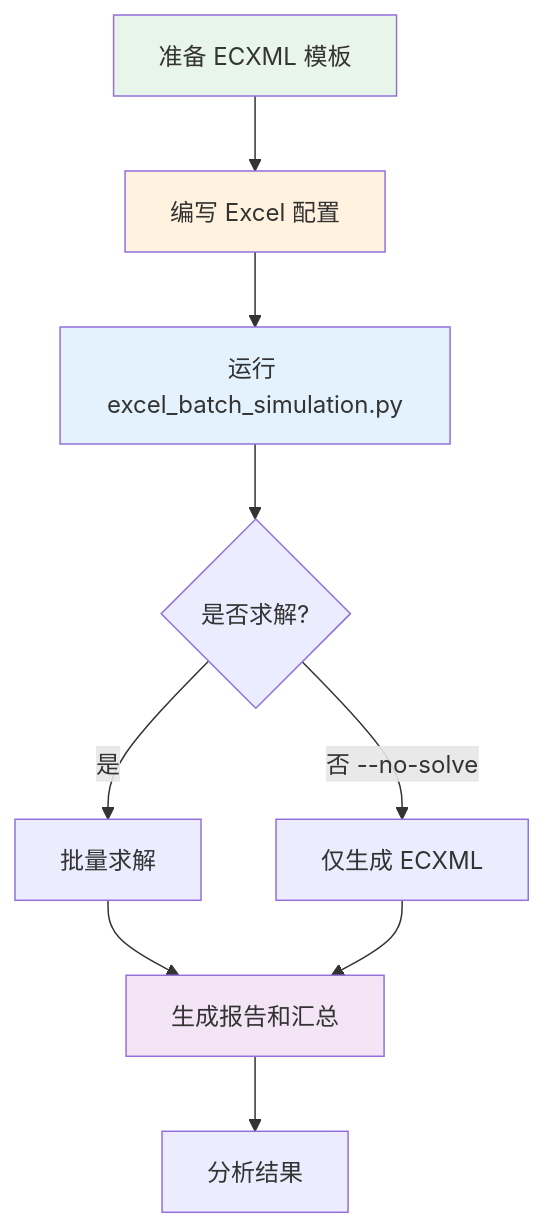
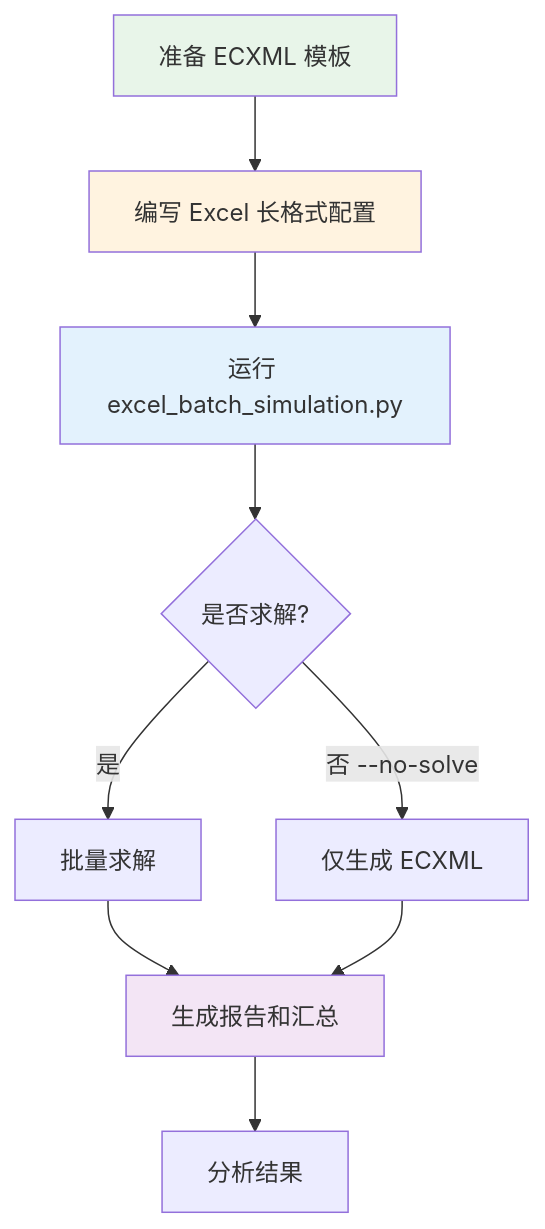
One commit to lixiekun/flotherm-automation changed the diagram in Excel配置使用指南.md. Above: the diagram before and after it, drawn with Mermaid. The commit also changed other lines of this file and 2 other files, not shown here.

First line of the commit message:
feat: 支持长格式 Excel 配置（每个参数一行）

````diff
--- a/Excel配置使用指南.md
+++ b/Excel配置使用指南.md
@@ -308,16 +253,16 @@
 ```mermaid
 flowchart TB
-    A[准备 ECXML 模板] --> B[编写 Excel 配置]
+    A[准备 ECXML 模板] --> B[编写 Excel 长格式配置]
     B --> C[运行 excel_batch_simulation.py]
     C --> D{是否求解?}
     D -->|是| E[批量求解]
     D -->|否 --no-solve| F[仅生成 ECXML]
     E --> G[生成报告和汇总]
     F --> G
     G --> H[分析结果]
 
     style A fill:#e8f5e9
     style B fill:#fff3e0
     style C fill:#e3f2fd
     style G fill:#f3e5f5
 ```
````
